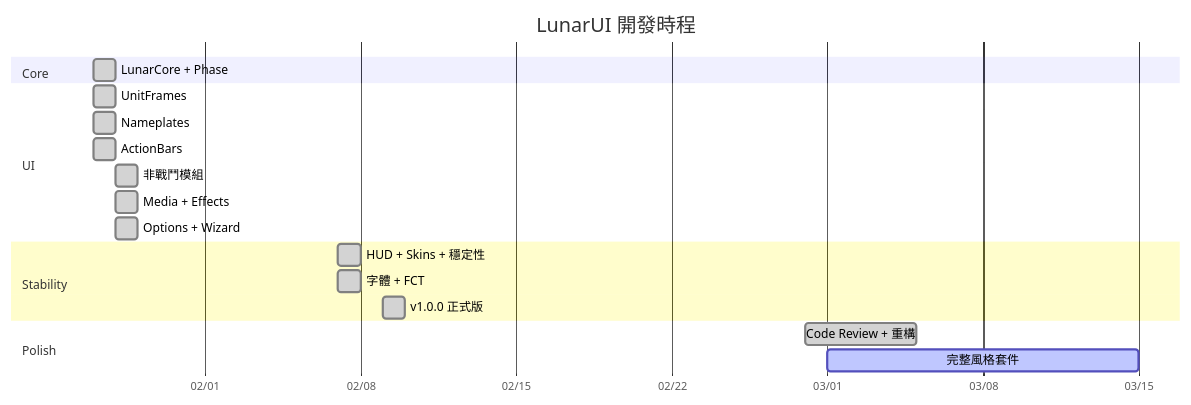
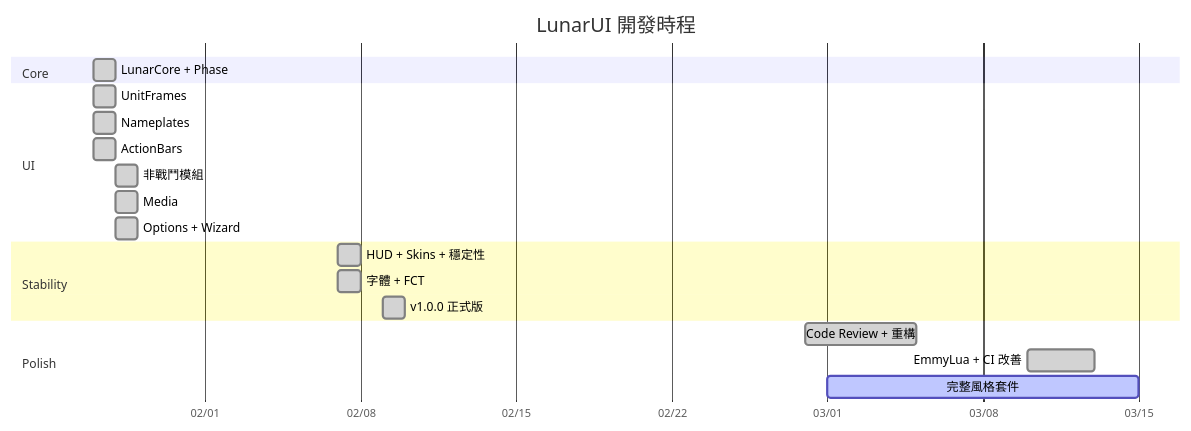
Before and after one commit to Neal75418/lunar-ui: the fifth of 5 diagrams in README.md, drawn with Mermaid. The commit also changed other lines of this file and 3 other files, not shown here.

````diff
--- a/README.md
+++ b/README.md
@@ -395,26 +395,27 @@
 ```mermaid
 gantt
     title LunarUI 開發時程
     dateFormat YYYY-MM-DD
     axisFormat %m/%d
 
     section Core
     LunarCore + Phase             :done, m1, 2026-01-27, 1d
 
     section UI
     UnitFrames                    :done, m2, 2026-01-27, 1d
     Nameplates                    :done, m3, 2026-01-27, 1d
     ActionBars                    :done, m4, 2026-01-27, 1d
     非戰鬥模組                     :done, m5, 2026-01-28, 1d
-    Media + Effects               :done, m6, 2026-01-28, 1d
+    Media                         :done, m6, 2026-01-28, 1d
     Options + Wizard              :done, m7, 2026-01-28, 1d
 
     section Stability
     HUD + Skins + 穩定性           :done, m8, 2026-02-07, 1d
     字體 + FCT                     :done, m9, 2026-02-07, 1d
     v1.0.0 正式版                  :done, m10, 2026-02-09, 1d
 
     section Polish
     Code Review + 重構             :done, m11, 2026-02-28, 5d
-    完整風格套件                    :active, m12, 2026-03-01, 14d
+    EmmyLua + CI 改善              :done, m12, 2026-03-10, 3d
+    完整風格套件                    :active, m13, 2026-03-01, 14d
 ```
````
